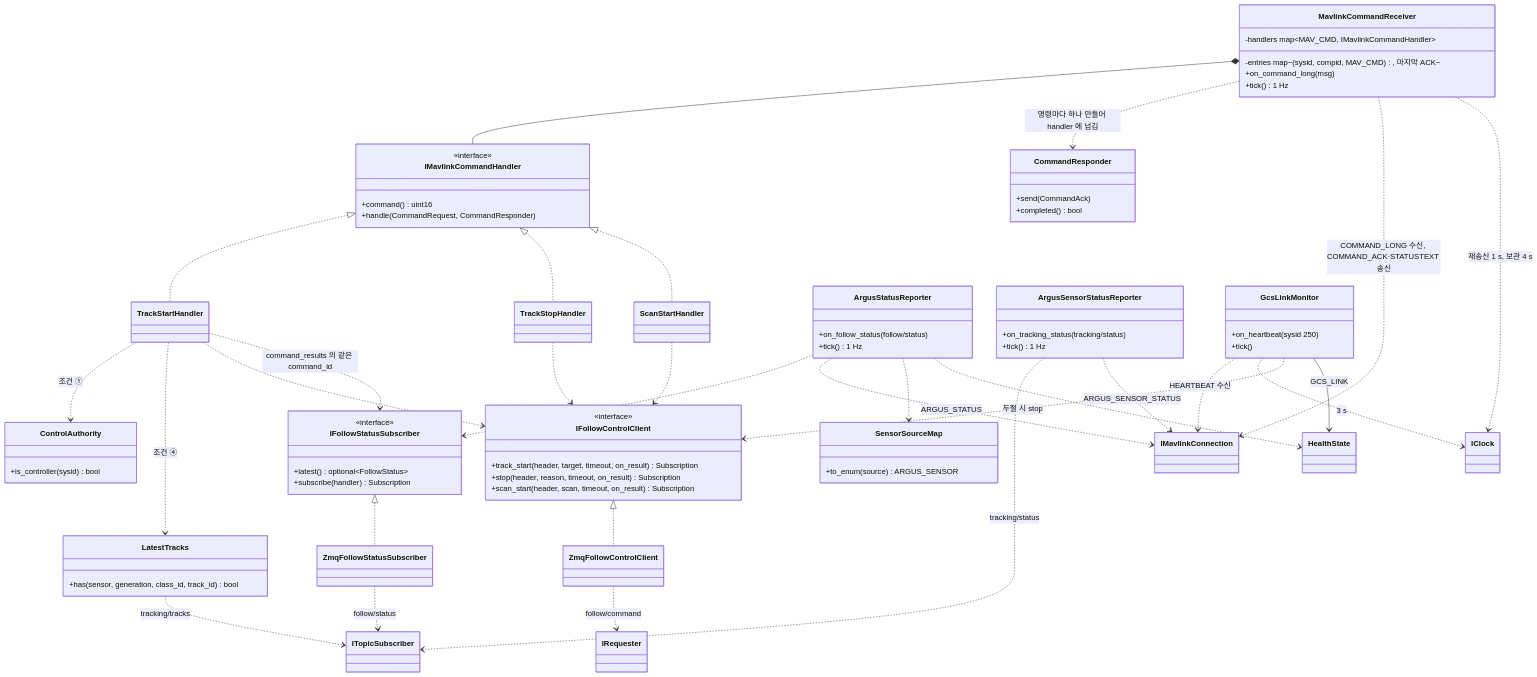
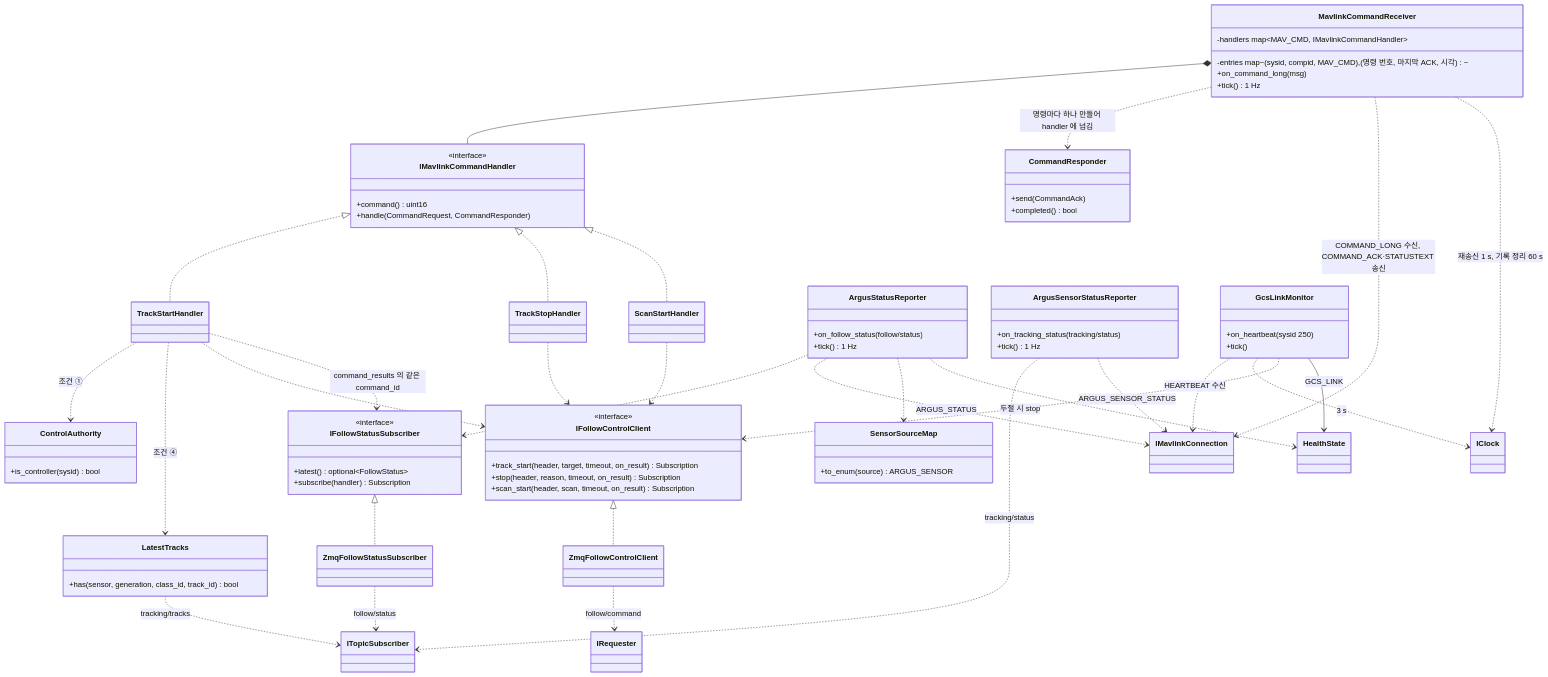
Before and after one commit to lig-argus/argus-edge-vision: the third of 3 diagrams in docs/design/uml/class_onboard.md, drawn with Mermaid. The commit also changed other lines of this file and 8 other files, not shown here.

```diff
--- a/docs/design/uml/class_onboard.md
+++ b/docs/design/uml/class_onboard.md
@@ -209,7 +209,7 @@
     }
     class MavlinkCommandReceiver {
         -handlers map~MAV_CMD, IMavlinkCommandHandler~
-        -entries map~(sysid, compid, MAV_CMD), 마지막 ACK~
+        -entries map~(sysid, compid, MAV_CMD), (명령 번호, 마지막 ACK, 시각)~
         +on_command_long(msg)
         +tick() 1 Hz
     }
@@ -257,7 +257,7 @@
     MavlinkCommandReceiver *-- IMavlinkCommandHandler
     MavlinkCommandReceiver ..> CommandResponder : 명령마다 하나 만들어 handler 에 넘김
     MavlinkCommandReceiver ..> IMavlinkConnection : COMMAND_LONG 수신, COMMAND_ACK·STATUSTEXT 송신
-    MavlinkCommandReceiver ..> IClock : 재송신 1 s, 보관 4 s
+    MavlinkCommandReceiver ..> IClock : 재송신 1 s, 기록 정리 60 s
     TrackStartHandler ..> ControlAuthority : 조건 ①
     TrackStartHandler ..> LatestTracks : 조건 ④
     TrackStartHandler ..> IFollowControlClient
```
